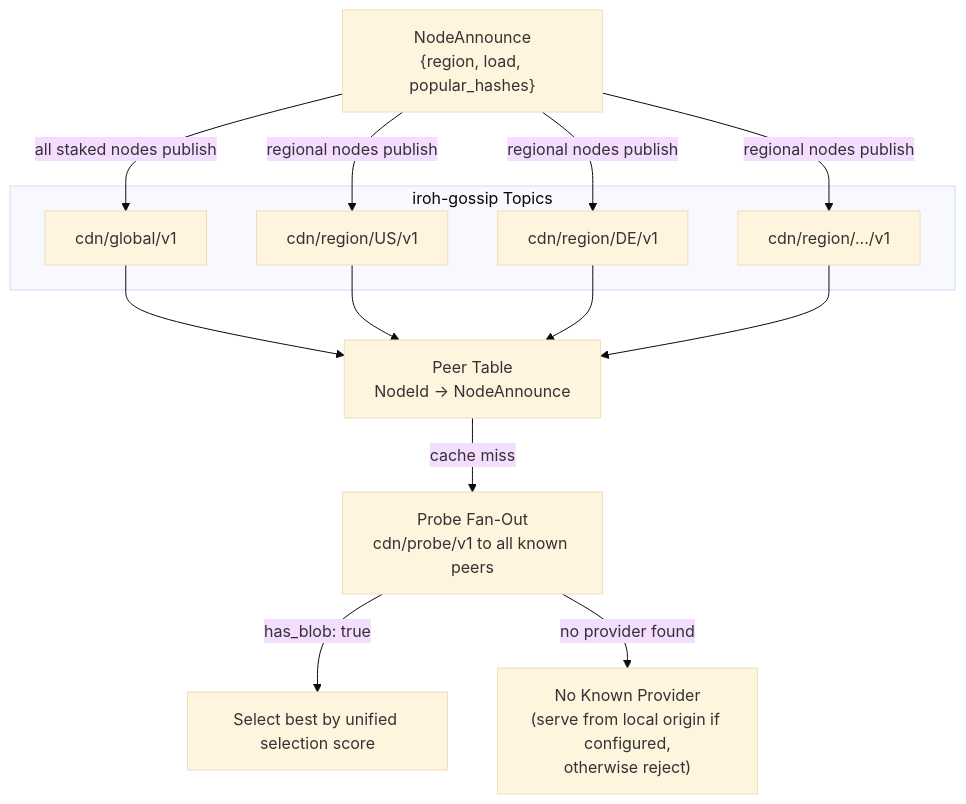
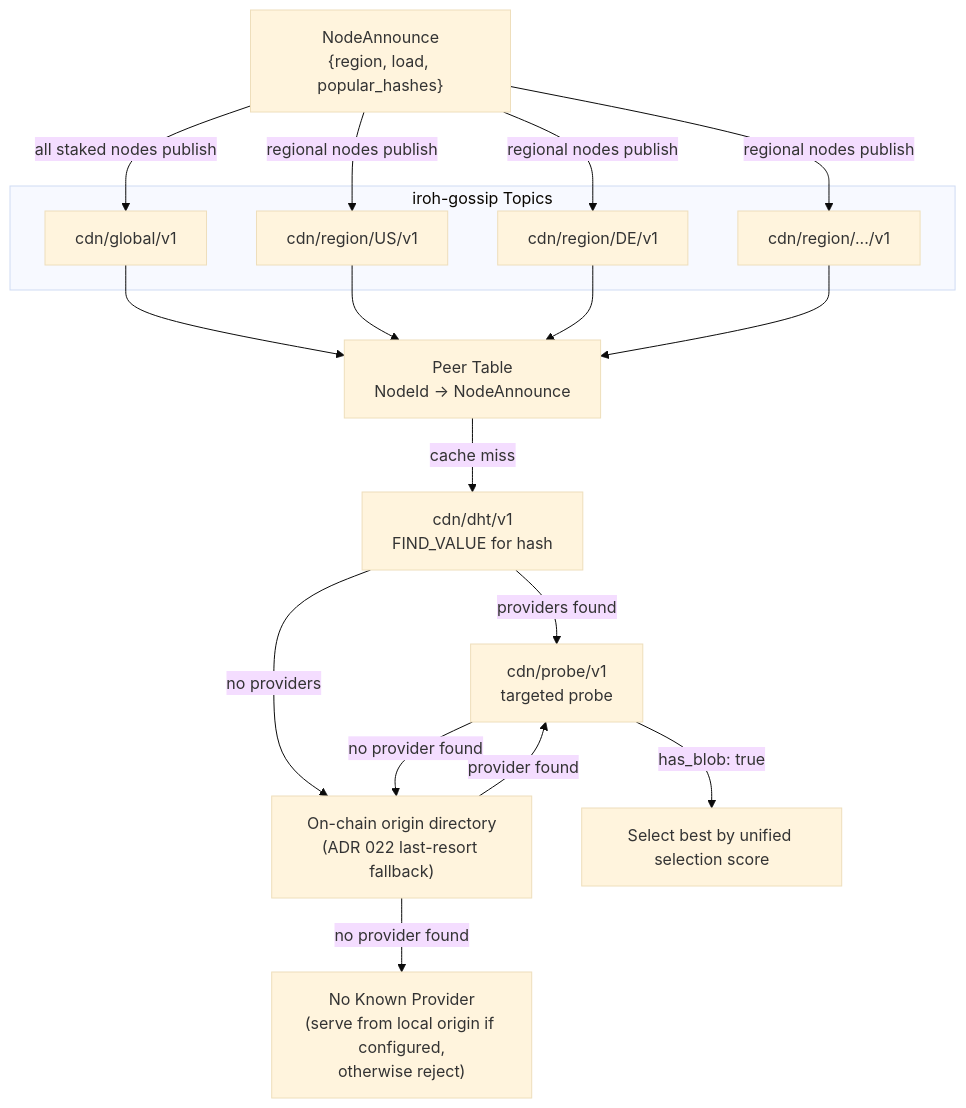
The diagram in adr/001-network.md (decdn/decdn), drawn with Mermaid (base theme) before and after one commit. The commit also changed other lines of this file and 7 other files, not shown here.

First line of the commit message:
docs(adr): drop bootstrap probe fan-out; on-chain directory is fallback (#411) (#415)

````diff
--- a/adr/001-network.md
+++ b/adr/001-network.md
@@ -19,25 +19,29 @@
 ```mermaid
 graph TD
     subgraph Topics["iroh-gossip Topics"]
         GLOBAL["cdn/global/v1"]
         REG_US["cdn/region/US/v1"]
         REG_DE["cdn/region/DE/v1"]
         REG_ETC["cdn/region/.../v1"]
     end
 
     NA["NodeAnnounce<br/>{region, load, popular_hashes}"]
 
     NA -->|all staked nodes publish| GLOBAL
     NA -->|regional nodes publish| REG_US
     NA -->|regional nodes publish| REG_DE
     NA -->|regional nodes publish| REG_ETC
 
     GLOBAL --> PT["Peer Table<br/>NodeId -> NodeAnnounce"]
     REG_US --> PT
     REG_DE --> PT
     REG_ETC --> PT
 
-    PT -->|cache miss| PROBE["Probe Fan-Out<br/>cdn/probe/v1 to all known peers"]
+    PT -->|cache miss| DHT["cdn/dht/v1<br/>FIND_VALUE for hash"]
+    DHT -->|providers found| PROBE["cdn/probe/v1<br/>targeted probe"]
+    DHT -->|no providers| DIR["On-chain origin directory<br/>(ADR 022 last-resort fallback)"]
     PROBE -->|has_blob: true| SELECT["Select best by unified selection score"]
-    PROBE -->|no provider found| MISS["No Known Provider<br/>(serve from local origin if configured,<br/>otherwise reject)"]
+    PROBE -->|no provider found| DIR
+    DIR -->|provider found| PROBE
+    DIR -->|no provider found| MISS["No Known Provider<br/>(serve from local origin if configured,<br/>otherwise reject)"]
 ```
````
